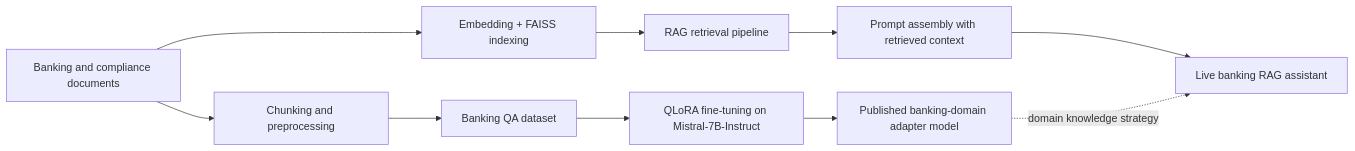
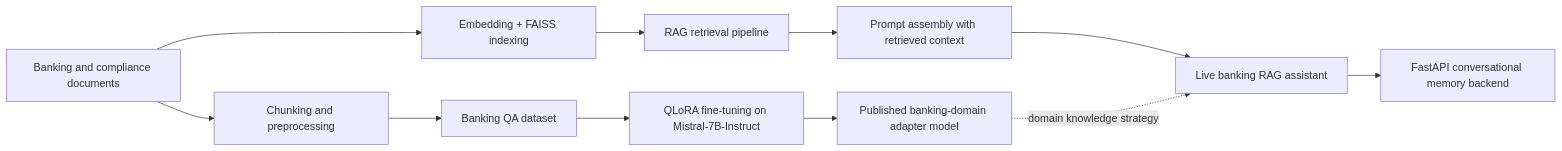
The diagram in README.md (rakeshmadasaniai/banking-genai-portfolio), drawn with Mermaid before and after one commit. The commit also changed other lines of this file and 19 other files, not shown here.

Commit message:
Add Project 4 conversational backend with compare endpoint

````diff
--- a/README.md
+++ b/README.md
@@ -76,14 +90,15 @@
 ```mermaid
 flowchart LR
     A["Banking and compliance documents"] --> B["Chunking and preprocessing"]
     B --> C["Banking QA dataset"]
     C --> D["QLoRA fine-tuning on Mistral-7B-Instruct"]
     D --> E["Published banking-domain adapter model"]
 
     A --> F["Embedding + FAISS indexing"]
     F --> G["RAG retrieval pipeline"]
     G --> H["Prompt assembly with retrieved context"]
     H --> I["Live banking RAG assistant"]
+    I --> J["FastAPI conversational memory backend"]
 
     E -. domain knowledge strategy .-> I
 ```
````
